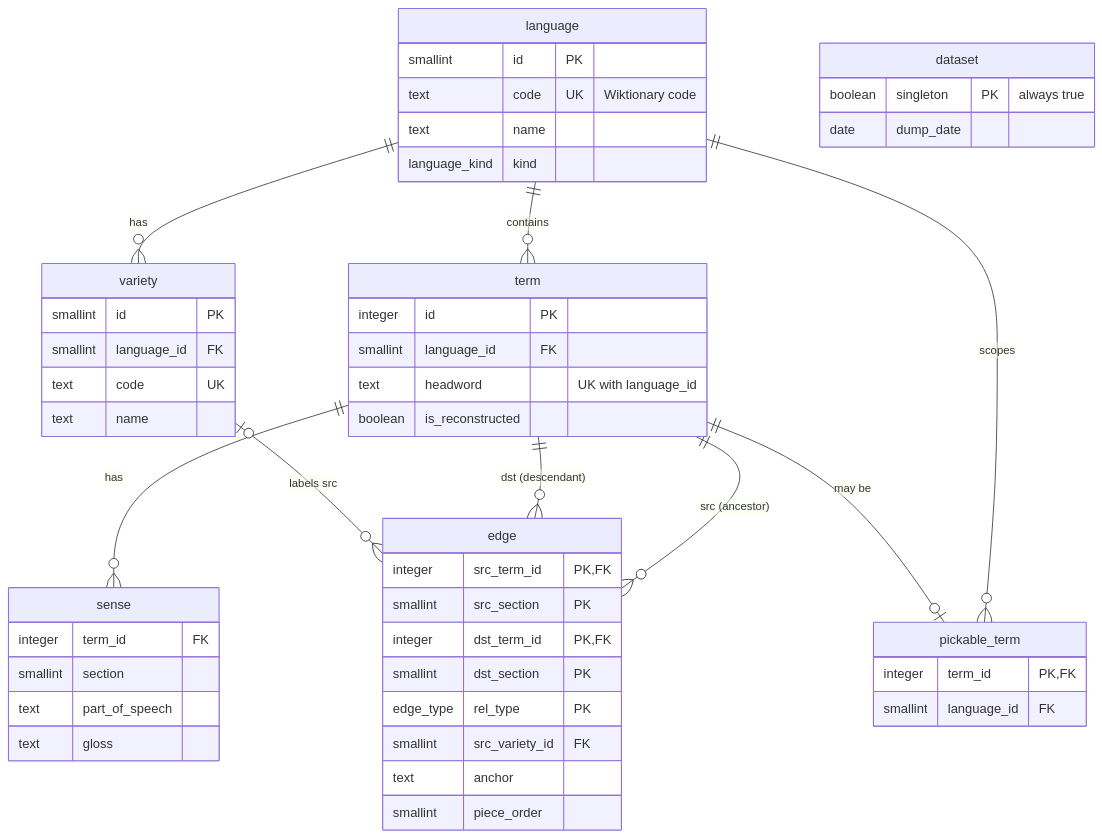
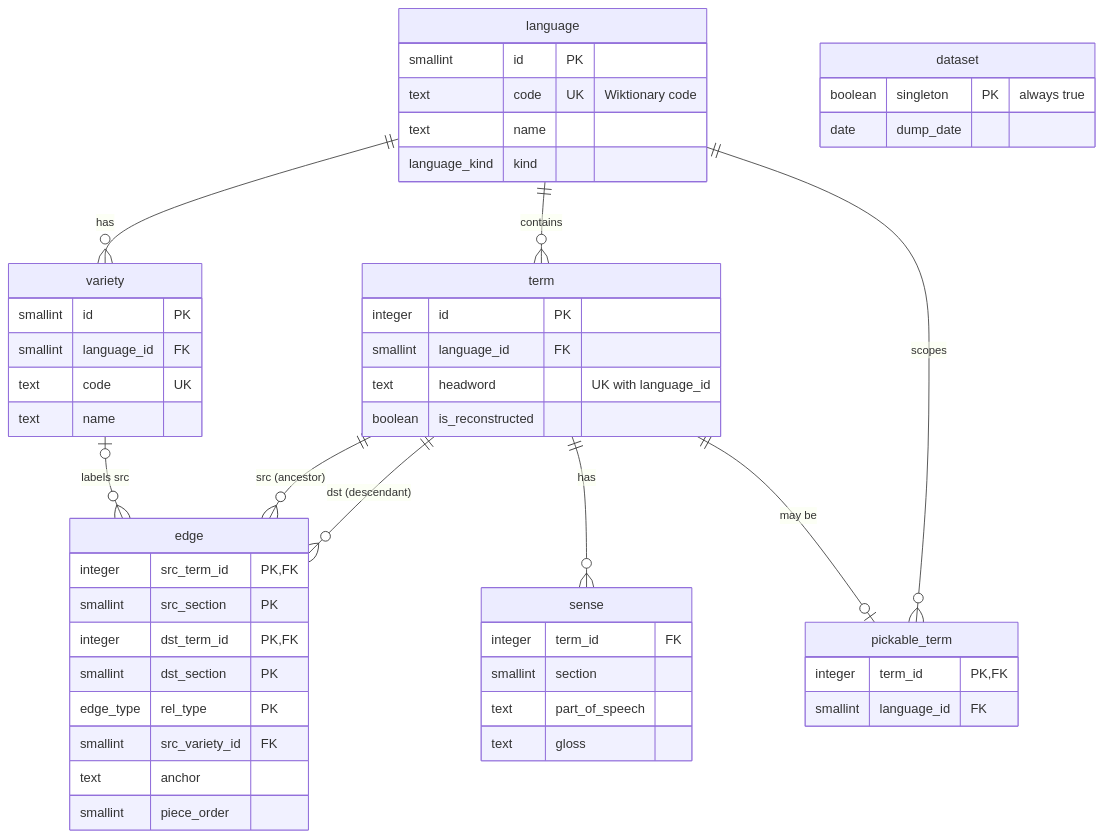
The second of 3 diagrams in docs/ARCHITECTURE.md (van-riper/etymyriad), drawn with Mermaid before and after one commit. The commit also changed other lines of this file, not shown here.

Commit message:
docs: untangle mermaid ERD in ARCHITECTURE.md

````diff
--- a/docs/ARCHITECTURE.md
+++ b/docs/ARCHITECTURE.md
@@ -81,54 +81,54 @@
 ```mermaid
 erDiagram
     language ||--o{ variety : "has"
     language ||--o{ term : "contains"
     language ||--o{ pickable_term : "scopes"
+    term ||--o{ edge : "src (ancestor)"
+    term ||--o{ edge : "dst (descendant)"
     term ||--o{ sense : "has"
     term ||--o| pickable_term : "may be"
-    term ||--o{ edge : "src (ancestor)"
-    term ||--o{ edge : "dst (descendant)"
     variety |o--o{ edge : "labels src"
 
+    dataset {
+        boolean singleton PK "always true"
+        date dump_date
+    }
     language {
         smallint id PK
         text code UK "Wiktionary code"
         text name
         language_kind kind
     }
     variety {
         smallint id PK
         smallint language_id FK
         text code UK
         text name
     }
-    dataset {
-        boolean singleton PK "always true"
-        date dump_date
-    }
     term {
         integer id PK
         smallint language_id FK
         text headword "UK with language_id"
         boolean is_reconstructed
-    }
-    sense {
-        integer term_id FK
-        smallint section
-        text part_of_speech
-        text gloss
     }
     edge {
         integer src_term_id PK, FK
         smallint src_section PK
         integer dst_term_id PK, FK
         smallint dst_section PK
         edge_type rel_type PK
         smallint src_variety_id FK
         text anchor
         smallint piece_order
     }
+    sense {
+        integer term_id FK
+        smallint section
+        text part_of_speech
+        text gloss
+    }
     pickable_term {
         integer term_id PK, FK
         smallint language_id FK
     }
 ```
````
